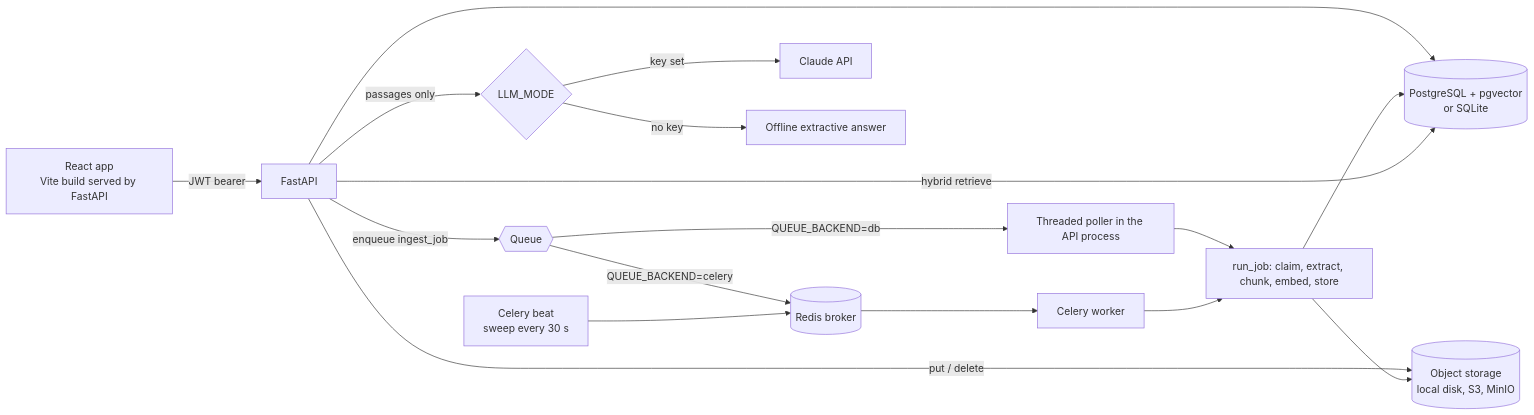
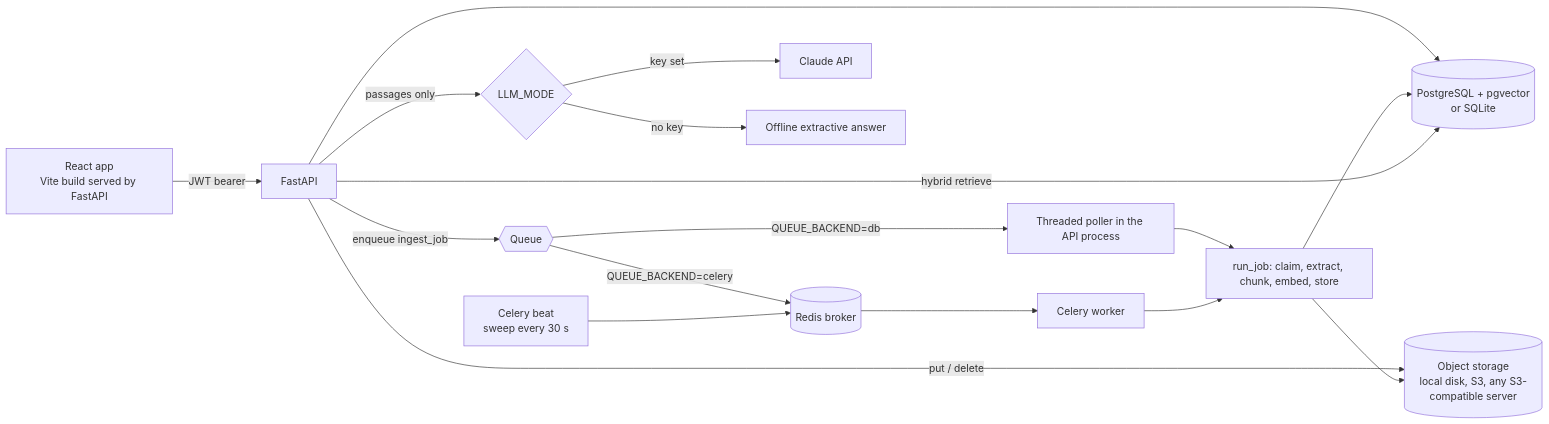
The diagram in docs/ARCHITECTURE.md (manishoutr/nexus), drawn with Mermaid before and after one commit. The commit also changed 6 other files, not shown here.

Commit message:
Compose: use moto as the S3 server (MinIO images not pullable)

````diff
--- a/docs/ARCHITECTURE.md
+++ b/docs/ARCHITECTURE.md
@@ -3,18 +3,18 @@
 ```mermaid
 flowchart LR
   UI[React app<br/>Vite build served by FastAPI] -->|JWT bearer| API[FastAPI]
   API --> DB[(PostgreSQL + pgvector<br/>or SQLite)]
-  API -->|put / delete| S3[(Object storage<br/>local disk, S3, MinIO)]
+  API -->|put / delete| S3[(Object storage<br/>local disk, S3, any S3-compatible server)]
   API -->|enqueue ingest_job| Q{{Queue}}
   Q -->|QUEUE_BACKEND=db| P[Threaded poller in the API process]
   Q -->|QUEUE_BACKEND=celery| R[(Redis broker)] --> W[Celery worker]
   B[Celery beat<br/>sweep every 30 s] --> R
   P --> J[run_job: claim, extract, chunk, embed, store]
   W --> J
   J --> S3
   J --> DB
   API -->|hybrid retrieve| DB
   API -->|passages only| L{LLM_MODE}
   L -->|key set| C[Claude API]
   L -->|no key| O[Offline extractive answer]
 ```
````
